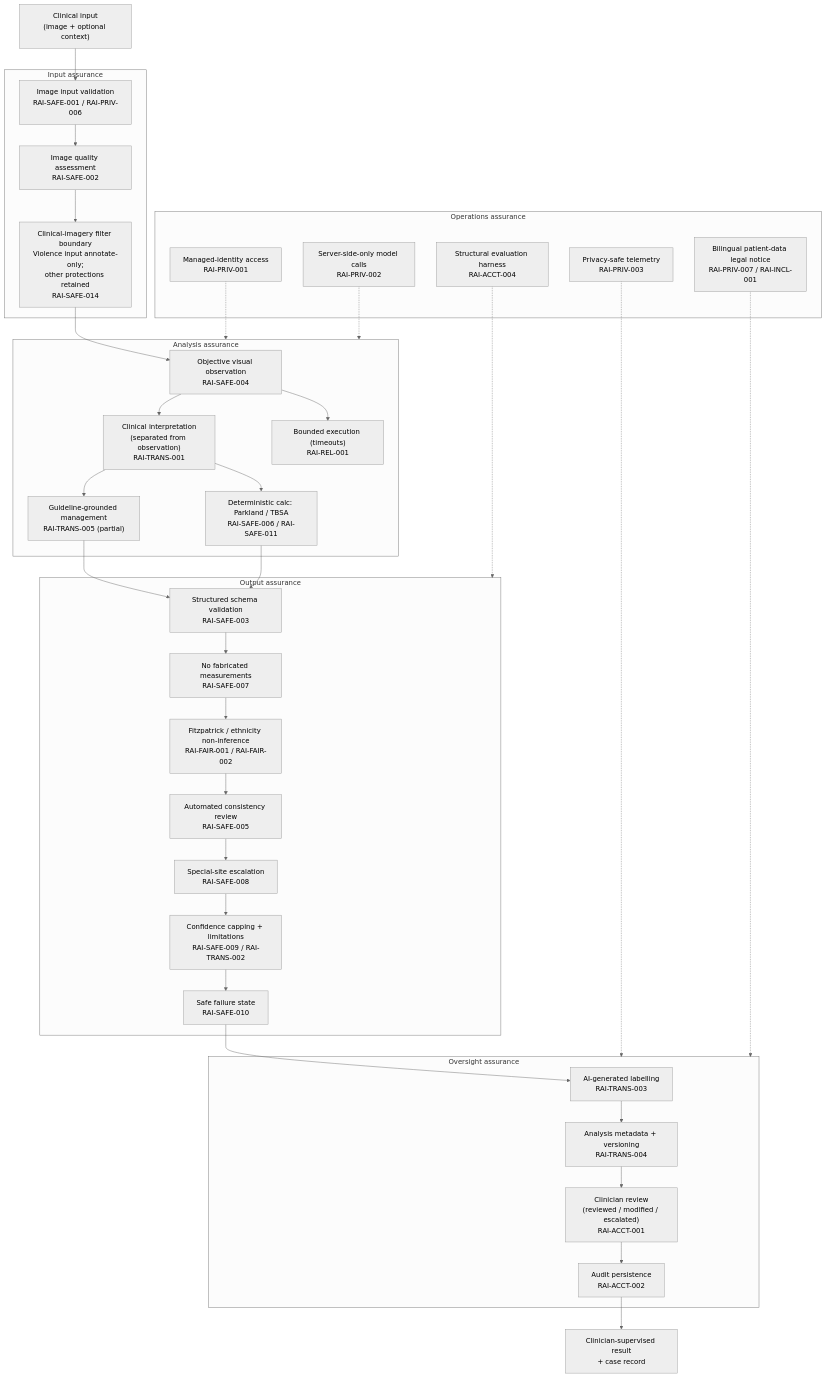
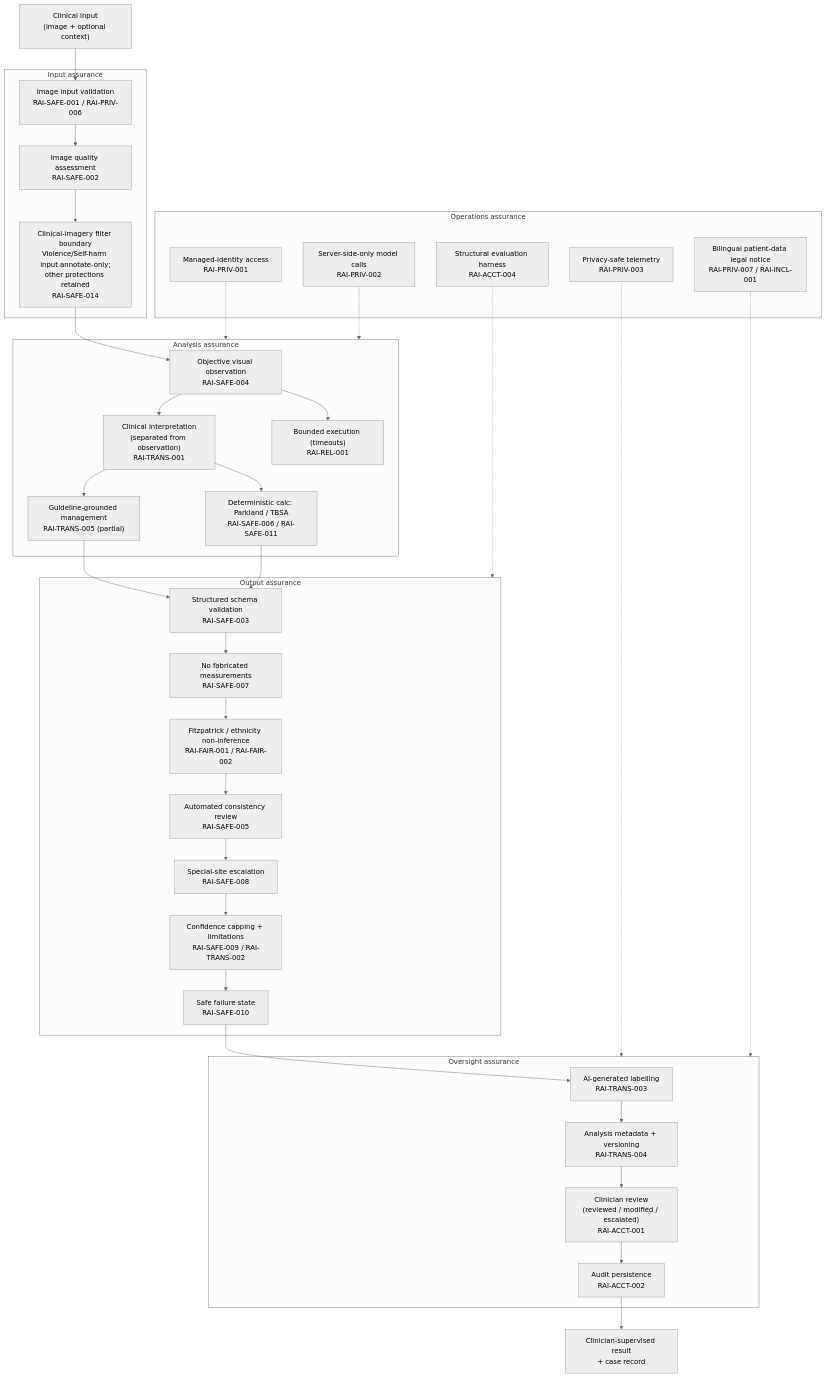
Before and after one commit to polyfuze4336-bot/phoenix-ai-azure: the diagram in docs/architecture/diagrams/current-ai-assurance.mmd, drawn with Mermaid (neutral theme). The commit also changed 20 other files, not shown here.

```diff
--- a/docs/architecture/diagrams/current-ai-assurance.mmd
+++ b/docs/architecture/diagrams/current-ai-assurance.mmd
@@ -1,61 +1,61 @@
 %% Phoenix AI — Current (AS-IS) AI Assurance flow
 %% The control points that make AI-assisted assessment reliable, transparent and human-supervised.
 %% Each control maps to a stable ID in nextjs_space/lib/rai/controls.ts.
 flowchart TB
     IN["Clinical input\n(image + optional context)"]
 
     subgraph LIn["Input assurance"]
         V1["Image input validation\nRAI-SAFE-001 / RAI-PRIV-006"]
         V2["Image quality assessment\nRAI-SAFE-002"]
-        V3["Clinical-imagery filter boundary\nViolence input annotate-only;\nother protections retained\nRAI-SAFE-014"]
+        V3["Clinical-imagery filter boundary\nViolence/Self-harm input annotate-only;\nother protections retained\nRAI-SAFE-014"]
     end
 
     subgraph LAn["Analysis assurance"]
         A1["Objective visual observation\nRAI-SAFE-004"]
         A2["Clinical interpretation\n(separated from observation)\nRAI-TRANS-001"]
         A3["Guideline-grounded management\nRAI-TRANS-005 (partial)"]
         A4["Deterministic calc: Parkland / TBSA\nRAI-SAFE-006 / RAI-SAFE-011"]
         A5["Bounded execution (timeouts)\nRAI-REL-001"]
     end
 
     subgraph LOut["Output assurance"]
         O1["Structured schema validation\nRAI-SAFE-003"]
         O2["No fabricated measurements\nRAI-SAFE-007"]
         O3["Fitzpatrick / ethnicity non-inference\nRAI-FAIR-001 / RAI-FAIR-002"]
         O4["Automated consistency review\nRAI-SAFE-005"]
         O5["Special-site escalation\nRAI-SAFE-008"]
         O6["Confidence capping + limitations\nRAI-SAFE-009 / RAI-TRANS-002"]
         O7["Safe failure state\nRAI-SAFE-010"]
     end
 
     subgraph LOv["Oversight assurance"]
         H1["AI-generated labelling\nRAI-TRANS-003"]
         H2["Analysis metadata + versioning\nRAI-TRANS-004"]
         H3["Clinician review\n(reviewed / modified / escalated)\nRAI-ACCT-001"]
         H4["Audit persistence\nRAI-ACCT-002"]
     end
 
     subgraph LOp["Operations assurance"]
         P1["Managed-identity access\nRAI-PRIV-001"]
         P2["Server-side-only model calls\nRAI-PRIV-002"]
         P3["Privacy-safe telemetry\nRAI-PRIV-003"]
         P4["Structural evaluation harness\nRAI-ACCT-004"]
         P5["Bilingual patient-data legal notice\nRAI-PRIV-007 / RAI-INCL-001"]
     end
 
     OUT["Clinician-supervised result\n+ case record"]
 
     IN --> V1 --> V2 --> V3 --> A1
     A1 --> A2 --> A3
     A2 --> A4
     A1 --> A5
     A3 --> O1
     A4 --> O1
     O1 --> O2 --> O3 --> O4 --> O5 --> O6 --> O7
     O7 --> H1 --> H2 --> H3 --> H4 --> OUT
 
     P1 -.-> LAn
     P2 -.-> LAn
     P3 -.-> LOv
     P4 -.-> LOut
     P5 -.-> LOv
```
